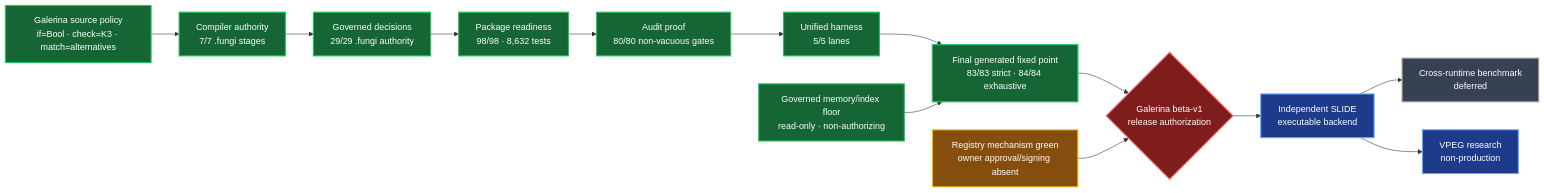
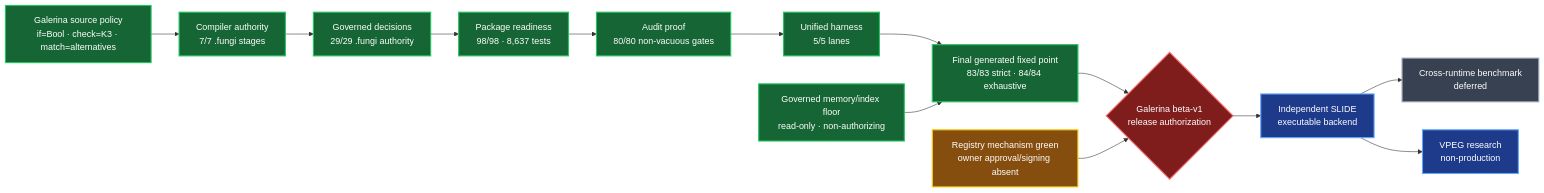
One commit to TritHypha/Deveolpment-runtime-fungi-gate changed the diagram in docs/reports/zero-trust-tooling-refactor-completion-2026-07-29.md. Above: the diagram before and after it, drawn with Mermaid. The commit also changed other lines of this file and 22 other files, not shown here.

````diff
--- a/docs/reports/zero-trust-tooling-refactor-completion-2026-07-29.md
+++ b/docs/reports/zero-trust-tooling-refactor-completion-2026-07-29.md
@@ -34,28 +34,28 @@
 ```mermaid
 flowchart LR
     S["Galerina source policy<br/>if=Bool · check=K3 · match=alternatives"]:::green
     C["Compiler authority<br/>7/7 .fungi stages"]:::green
     K["Governed decisions<br/>29/29 .fungi authority"]:::green
-    P["Package readiness<br/>98/98 · 8,632 tests"]:::green
+    P["Package readiness<br/>98/98 · 8,637 tests"]:::green
     A["Audit proof<br/>80/80 non-vacuous gates"]:::green
     U["Unified harness<br/>5/5 lanes"]:::green
     X["Final generated fixed point<br/>83/83 strict · 84/84 exhaustive"]:::green
     M["Governed memory/index floor<br/>read-only · non-authorizing"]:::green
     R["Registry mechanism green<br/>owner approval/signing absent"]:::amber
     B{"Galerina beta-v1<br/>release authorization"}:::red
     L["Independent SLIDE<br/>executable backend"]:::blue
     V["VPEG research<br/>non-production"]:::blue
     Q["Cross-runtime benchmark<br/>deferred"]:::grey
 
     S --> C --> K --> P --> A --> U --> X --> B
     M --> X
     R --> B
     B --> L --> Q
     L --> V
 
     classDef green fill:#166534,color:#fff,stroke:#22c55e,stroke-width:2px;
     classDef amber fill:#854d0e,color:#fff,stroke:#facc15,stroke-width:2px;
     classDef red fill:#7f1d1d,color:#fff,stroke:#f87171,stroke-width:2px;
     classDef blue fill:#1e3a8a,color:#fff,stroke:#60a5fa,stroke-width:2px;
     classDef grey fill:#374151,color:#fff,stroke:#9ca3af,stroke-width:2px;
 ```
````
